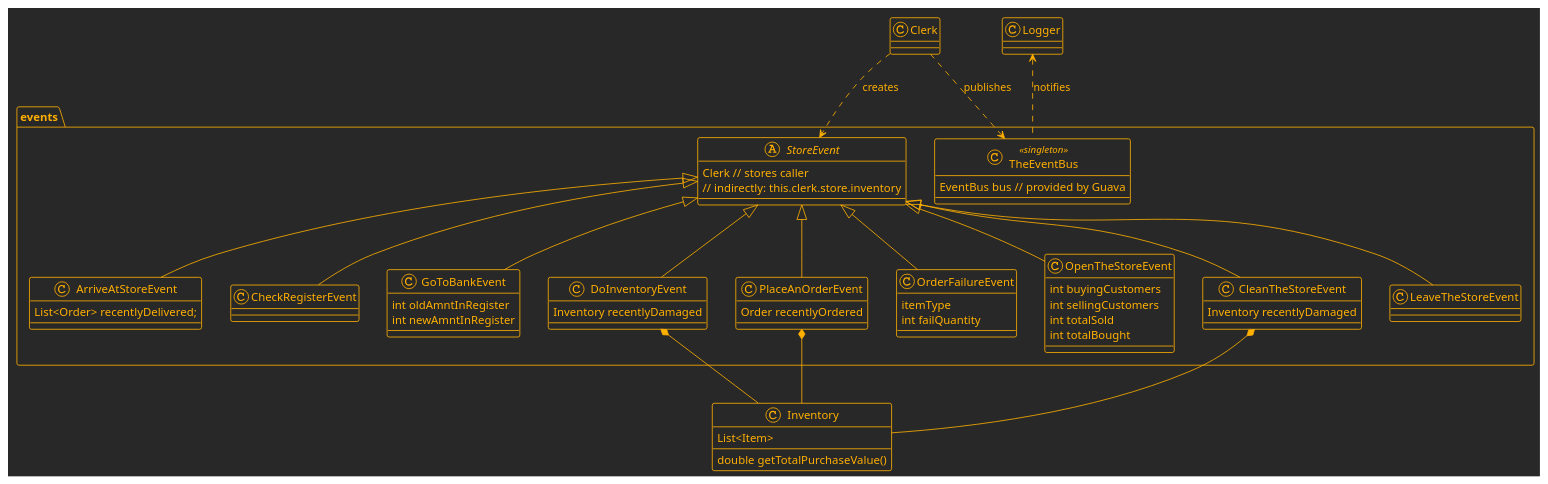
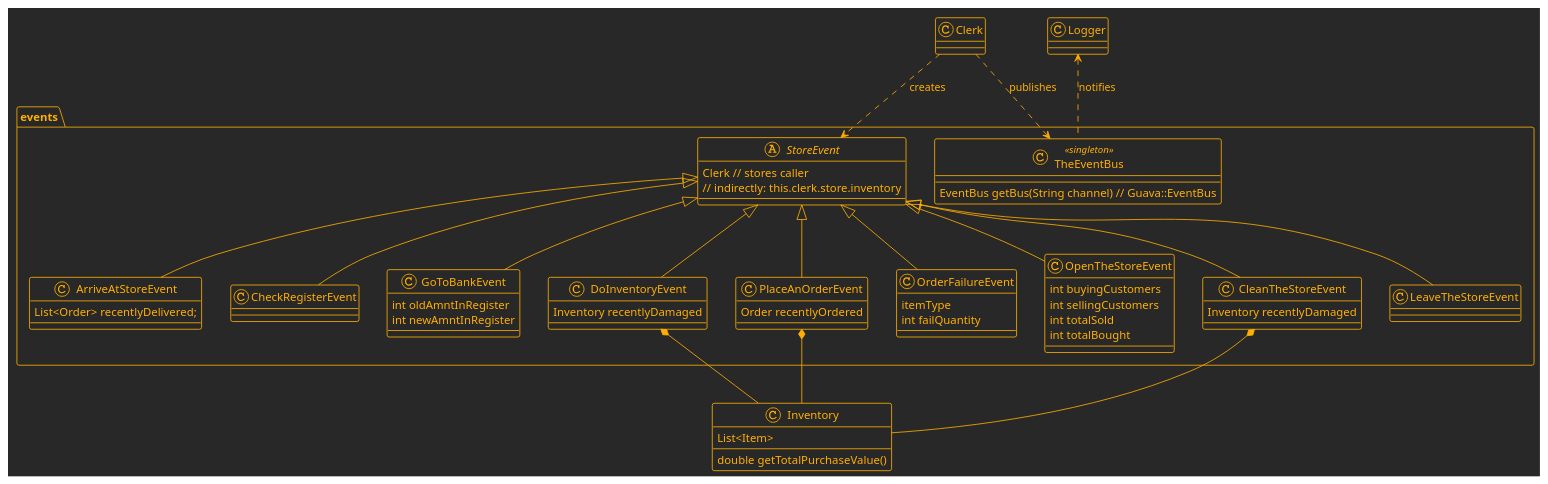
One commit to simondoesstuff/ooad-2025 changed the diagram in src/main/java/ooad/project4/assets/eventsUML.puml. Above: the diagram before and after it, drawn with PlantUML. The commit also changed 3 other files, not shown here.

```diff
--- a/src/main/java/ooad/project4/assets/eventsUML.puml
+++ b/src/main/java/ooad/project4/assets/eventsUML.puml
@@ -1,96 +1,96 @@
 @startuml
 
 !theme crt-amber
 
 <style>
 header {
   HorizontalAlignment left
 }
 </style>
 
 class Clerk {}
 
 class Inventory {
   List<Item>
   double getTotalPurchaseValue()
 }
 
 package "events" {
   class TheEventBus <<singleton>> {
-    EventBus bus // provided by Guava
+    EventBus getBus(String channel) // Guava::EventBus
   }
 
   abstract class StoreEvent {
     Clerk // stores caller
     // indirectly: this.clerk.store.inventory
   }
 
   'Publish which clerk has arrived at the store.
   'Publish number of items added to inventory (if any).
   class ArriveAtStoreEvent extends StoreEvent {
     List<Order> recentlyDelivered;
   }
 
   'Publish the amount of money in the register.
   class CheckRegisterEvent extends StoreEvent {
   }
 
   'Publish the amount of money in the register.
   class GoToBankEvent extends StoreEvent {
     int oldAmntInRegister
     int newAmntInRegister
   }
 
   'Publish the total number of items.
   'DoInventory: Publish the total purchase price value of inventory items.
   class DoInventoryEvent extends StoreEvent {
     Inventory recentlyDamaged
   }
 
   'Publish the total number of items ordered.
   class PlaceAnOrderEvent extends StoreEvent {
     Order recentlyOrdered
   }
 
   'Orders can fail if the register is out of cash.
   class OrderFailureEvent extends StoreEvent {
     itemType
     int failQuantity
   }
 
   'Publish the total number of items sold.
   class OpenTheStoreEvent extends StoreEvent {
     int buyingCustomers
     int sellingCustomers
     int totalSold
     int totalBought
   }
 
   'Publish the total number of items damaged in cleaning.
   class CleanTheStoreEvent extends StoreEvent {
     Inventory recentlyDamaged
   }
 
   'Publish which clerk has left the store
   class LeaveTheStoreEvent extends StoreEvent {
   }
 
   ' --- Relationships within Package ---
   Clerk ..> TheEventBus : publishes
   DoInventoryEvent *-- Inventory
   PlaceAnOrderEvent *-- Inventory
   CleanTheStoreEvent *-- Inventory
 
 }
 
 '================================================================
 ' Top-Level Simulation Components
 '================================================================
 class Logger {
 }
 
 ' --- Top-Level Relationships ---
 Logger <.. TheEventBus : notifies
 Clerk ..> StoreEvent : creates
 
 @enduml
```
